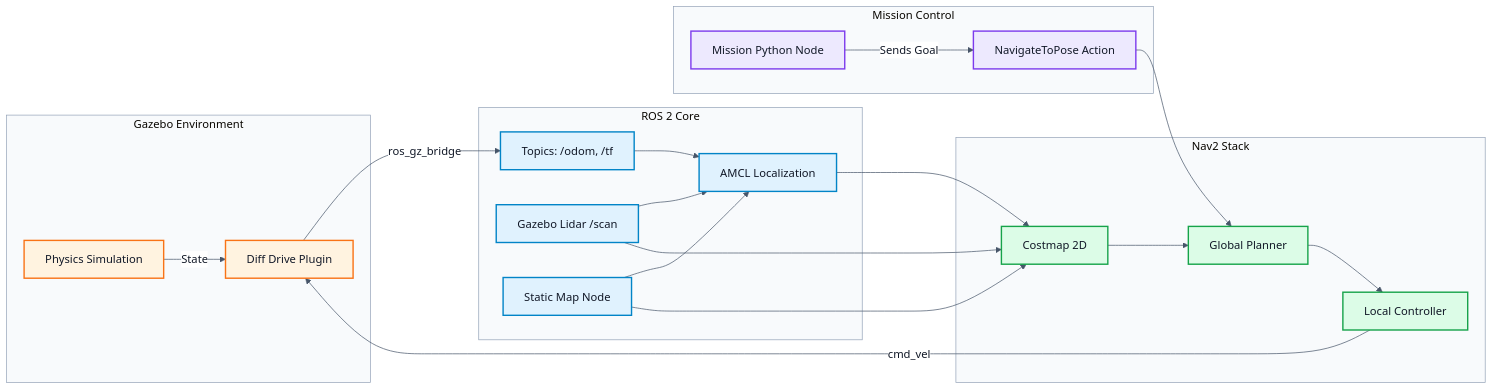
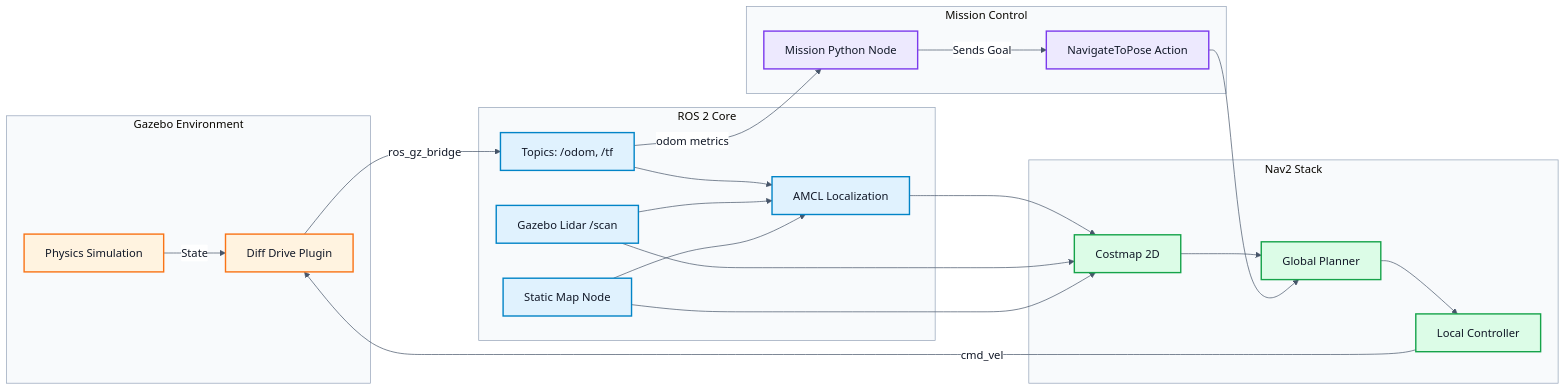
Before and after one commit to 13bad37/ROS2-Navbot-Simulation: the diagram in README.md, drawn with Mermaid. The commit also changed other lines of this file and 8 other files, not shown here.

````diff
--- a/README.md
+++ b/README.md
@@ -66,50 +66,51 @@
 ```mermaid
 %%{init: {"theme": "base", "themeVariables": {"fontFamily": "Arial, sans-serif", "primaryTextColor": "#111827", "lineColor": "#475569", "clusterBkg": "#f8fafc", "clusterBorder": "#94a3b8", "edgeLabelBackground": "#ffffff"}}}%%
 flowchart LR
     subgraph "Gazebo Environment"
         A[Physics Simulation] 
         I[Diff Drive Plugin]
     end
 
     subgraph "ROS 2 Core"
         C[Topics: /odom, /tf]
         L[Gazebo Lidar /scan]
         D[Static Map Node]
         M[AMCL Localization]
     end
 
     subgraph "Nav2 Stack"
         E[Costmap 2D]
         F[Global Planner]
         G[Local Controller]
     end
     
     subgraph "Mission Control"
         J[Mission Python Node]
         K[NavigateToPose Action]
     end
 
     A -->|State| I
     I -->|ros_gz_bridge| C
     C --> M
     L --> M
     D --> M
     M --> E
     L --> E
     D --> E
     E --> F
     F --> G
     G -->|cmd_vel| I
     J -->|Sends Goal| K
     K --> F
+    C -->|odom metrics| J
 
     classDef gazebo fill:#fff3e0,stroke:#f97316,stroke-width:2px,color:#111827;
     classDef ros fill:#e0f2fe,stroke:#0284c7,stroke-width:2px,color:#111827;
     classDef nav fill:#dcfce7,stroke:#16a34a,stroke-width:2px,color:#111827;
     classDef control fill:#ede9fe,stroke:#7c3aed,stroke-width:2px,color:#111827;
 
     class A,I gazebo;
     class C,L,D,M ros;
     class E,F,G nav;
     class J,K control;
 ```
````
